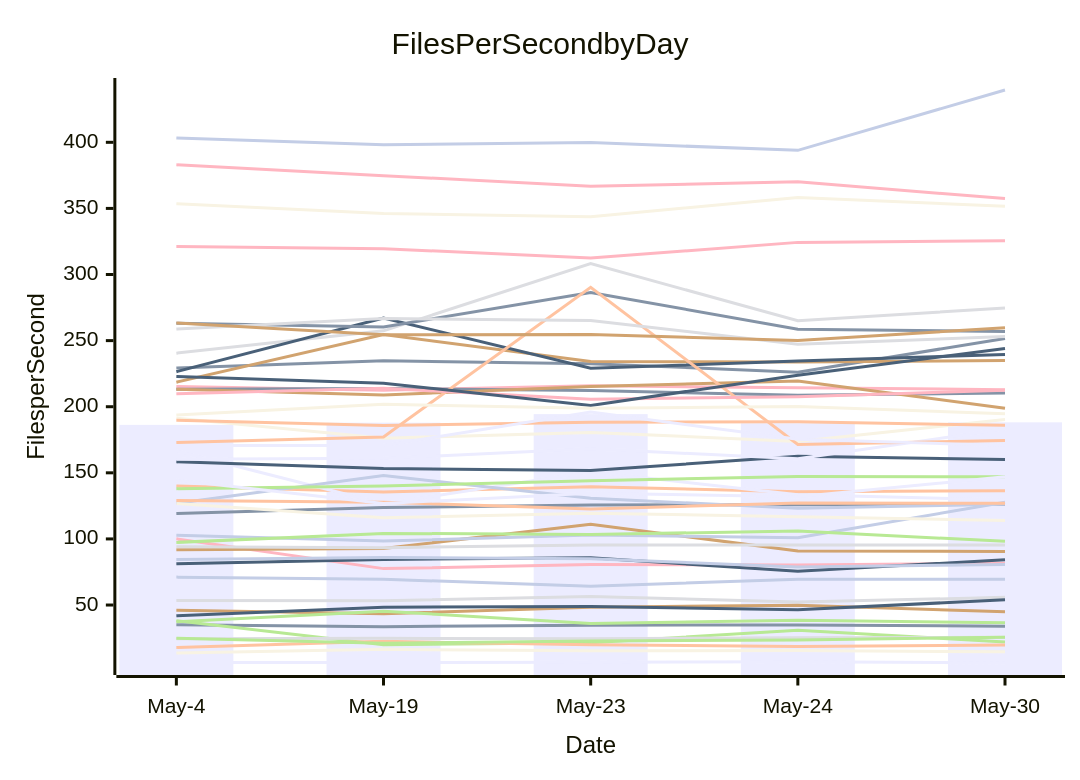
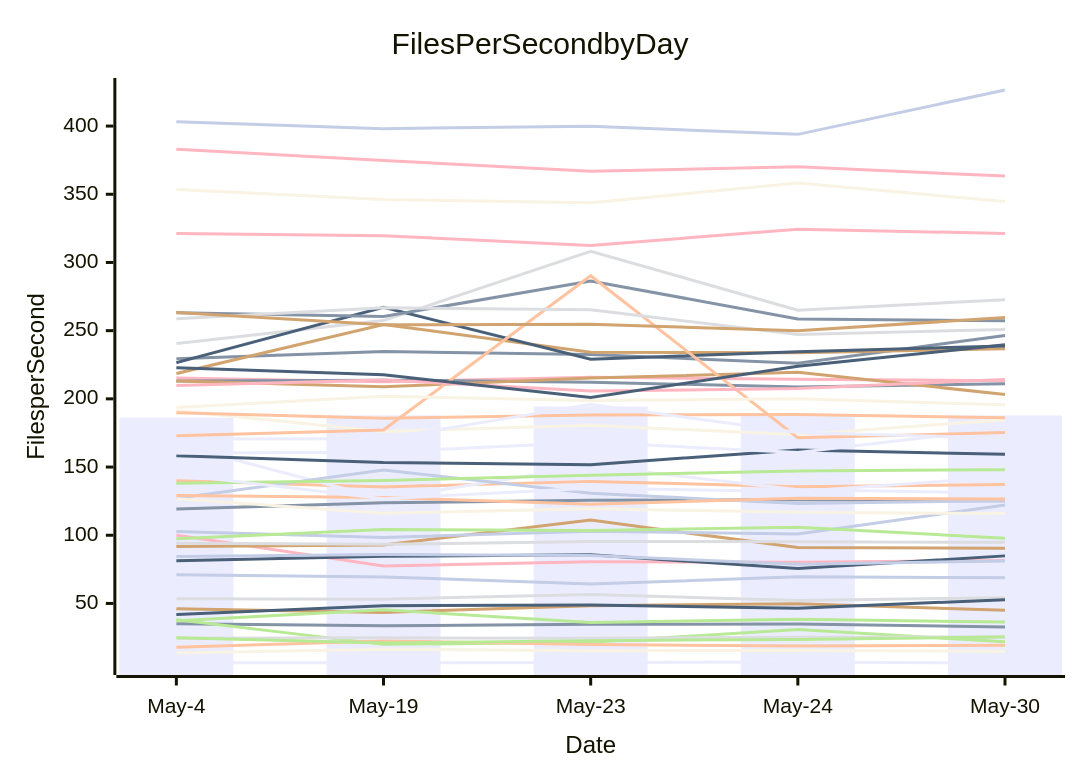
Before and after one commit to streetsidesoftware/cspell: the diagram in perf-report.md, drawn with Mermaid. The commit also changed other lines of this file and 2 other files, not shown here.

````diff
--- a/perf-report.md
+++ b/perf-report.md
@@ -11,57 +11,57 @@
 ```mermaid
 xychart-beta
     title Files Per Second by Day
     y-axis Files per Second
     x-axis Date [May-4, May-19, May-23, May-24, May-30]
-    bar [186.25, 187.94, 194.38, 187.53, 188.19]
-    line [35.07, 33.61, 34.69, 34.94, 33.92]
-    line [140.01, 135.42, 139.50, 135.65, 136.47]
-    line [53.38, 53.17, 56.48, 52.20, 55.80]
-    line [38.18, 20.00, 21.53, 30.85, 22.08]
-    line [46.04, 43.44, 48.37, 49.79, 44.95]
-    line [71.11, 69.47, 64.25, 69.53, 69.50]
-    line [100.08, 77.54, 80.59, 80.29, 81.62]
-    line [81.26, 84.52, 85.73, 75.59, 84.24]
-    line [191.37, 176.15, 180.59, 173.73, 190.26]
-    line [166.55, 126.61, 150.87, 133.44, 129.61]
-    line [119.17, 123.77, 125.73, 125.94, 126.02]
-    line [17.95, 22.53, 19.87, 18.72, 19.68]
-    line [24.56, 24.84, 24.48, 25.27, 25.58]
-    line [24.93, 21.05, 22.73, 23.64, 25.63]
-    line [91.75, 92.82, 111.10, 90.94, 90.43]
-    line [102.79, 98.35, 102.96, 100.96, 127.74]
-    line [382.99, 374.77, 366.83, 370.08, 357.43]
-    line [158.32, 153.28, 151.73, 162.52, 160.17]
-    line [13.72, 16.48, 15.39, 15.58, 14.60]
-    line [6.46, 6.48, 6.70, 7.10, 6.15]
-    line [229.32, 234.71, 232.57, 226.13, 251.62]
-    line [189.78, 185.86, 188.16, 188.58, 186.00]
-    line [240.52, 257.39, 308.24, 265.00, 274.75]
-    line [37.38, 45.35, 36.07, 38.42, 36.51]
-    line [218.55, 254.57, 234.26, 233.79, 235.01]
-    line [127.00, 147.92, 130.77, 123.22, 126.28]
-    line [215.39, 212.55, 215.84, 214.38, 212.88]
-    line [226.51, 267.13, 229.05, 234.58, 239.50]
-    line [353.58, 346.15, 343.69, 358.26, 351.64]
-    line [160.29, 160.94, 168.26, 160.60, 183.20]
-    line [213.17, 213.72, 212.23, 208.69, 210.31]
-    line [129.13, 127.71, 122.71, 127.15, 127.04]
-    line [94.12, 93.35, 95.34, 95.32, 95.45]
-    line [138.03, 140.07, 144.01, 147.15, 146.99]
-    line [213.15, 208.87, 215.23, 219.43, 198.90]
-    line [84.38, 85.95, 85.08, 78.77, 80.67]
-    line [321.24, 319.57, 312.48, 324.31, 325.62]
-    line [41.81, 48.29, 48.86, 46.46, 53.94]
-    line [126.81, 116.06, 119.43, 116.84, 113.98]
-    line [144.52, 126.78, 134.48, 131.99, 146.97]
-    line [263.11, 260.36, 286.42, 258.60, 256.96]
-    line [172.93, 177.15, 290.28, 171.42, 174.39]
-    line [258.73, 266.74, 265.26, 247.18, 253.03]
-    line [97.37, 104.19, 103.43, 105.92, 98.16]
-    line [263.28, 254.35, 254.61, 250.00, 259.75]
-    line [403.25, 398.12, 399.78, 393.93, 439.57]
-    line [209.84, 213.89, 205.67, 207.63, 212.54]
-    line [222.86, 217.73, 200.96, 223.84, 243.97]
-    line [193.68, 201.86, 198.76, 200.08, 194.62]
-    line [170.59, 170.67, 195.94, 175.36, 170.71]
+    bar [186.25, 187.94, 194.38, 187.53, 187.84]
+    line [35.07, 33.61, 34.69, 34.94, 32.78]
+    line [140.01, 135.42, 139.50, 135.65, 137.15]
+    line [53.38, 53.17, 56.48, 52.20, 54.24]
+    line [38.18, 20.00, 21.53, 30.85, 21.86]
+    line [46.04, 43.44, 48.37, 49.79, 45.03]
+    line [71.11, 69.47, 64.25, 69.53, 68.78]
+    line [100.08, 77.54, 80.59, 80.29, 81.53]
+    line [81.26, 84.52, 85.73, 75.59, 84.88]
+    line [191.37, 176.15, 180.59, 173.73, 184.72]
+    line [166.55, 126.61, 150.87, 133.44, 130.84]
+    line [119.17, 123.77, 125.73, 125.94, 125.35]
+    line [17.95, 22.53, 19.87, 18.72, 19.42]
+    line [24.56, 24.84, 24.48, 25.27, 25.51]
+    line [24.93, 21.05, 22.73, 23.64, 25.47]
+    line [91.75, 92.82, 111.10, 90.94, 90.56]
+    line [102.79, 98.35, 102.96, 100.96, 122.12]
+    line [382.99, 374.77, 366.83, 370.08, 363.31]
+    line [158.32, 153.28, 151.73, 162.52, 159.30]
+    line [13.72, 16.48, 15.39, 15.58, 14.86]
+    line [6.46, 6.48, 6.70, 7.10, 6.34]
+    line [229.32, 234.71, 232.57, 226.13, 246.49]
+    line [189.78, 185.86, 188.16, 188.58, 186.13]
+    line [240.52, 257.39, 308.24, 265.00, 272.73]
+    line [37.38, 45.35, 36.07, 38.42, 36.32]
+    line [218.55, 254.57, 234.26, 233.79, 236.78]
+    line [127.00, 147.92, 130.77, 123.22, 125.33]
+    line [215.39, 212.55, 215.84, 214.38, 213.29]
+    line [226.51, 267.13, 229.05, 234.58, 238.79]
+    line [353.58, 346.15, 343.69, 358.26, 344.65]
+    line [160.29, 160.94, 168.26, 160.60, 178.51]
+    line [213.17, 213.72, 212.23, 208.69, 211.05]
+    line [129.13, 127.71, 122.71, 127.15, 126.61]
+    line [94.12, 93.35, 95.34, 95.32, 94.79]
+    line [138.03, 140.07, 144.01, 147.15, 148.03]
+    line [213.15, 208.87, 215.23, 219.43, 203.27]
+    line [84.38, 85.95, 85.08, 78.77, 81.14]
+    line [321.24, 319.57, 312.48, 324.31, 321.30]
+    line [41.81, 48.29, 48.86, 46.46, 52.80]
+    line [126.81, 116.06, 119.43, 116.84, 115.92]
+    line [144.52, 126.78, 134.48, 131.99, 142.83]
+    line [263.11, 260.36, 286.42, 258.60, 257.18]
+    line [172.93, 177.15, 290.28, 171.42, 175.26]
+    line [258.73, 266.74, 265.26, 247.18, 250.86]
+    line [97.37, 104.19, 103.43, 105.92, 97.87]
+    line [263.28, 254.35, 254.61, 250.00, 259.58]
+    line [403.25, 398.12, 399.78, 393.93, 426.44]
+    line [209.84, 213.89, 205.67, 207.63, 214.21]
+    line [222.86, 217.73, 200.96, 223.84, 239.63]
+    line [193.68, 201.86, 198.76, 200.08, 195.61]
+    line [170.59, 170.67, 195.94, 175.36, 171.10]
 ```
````
